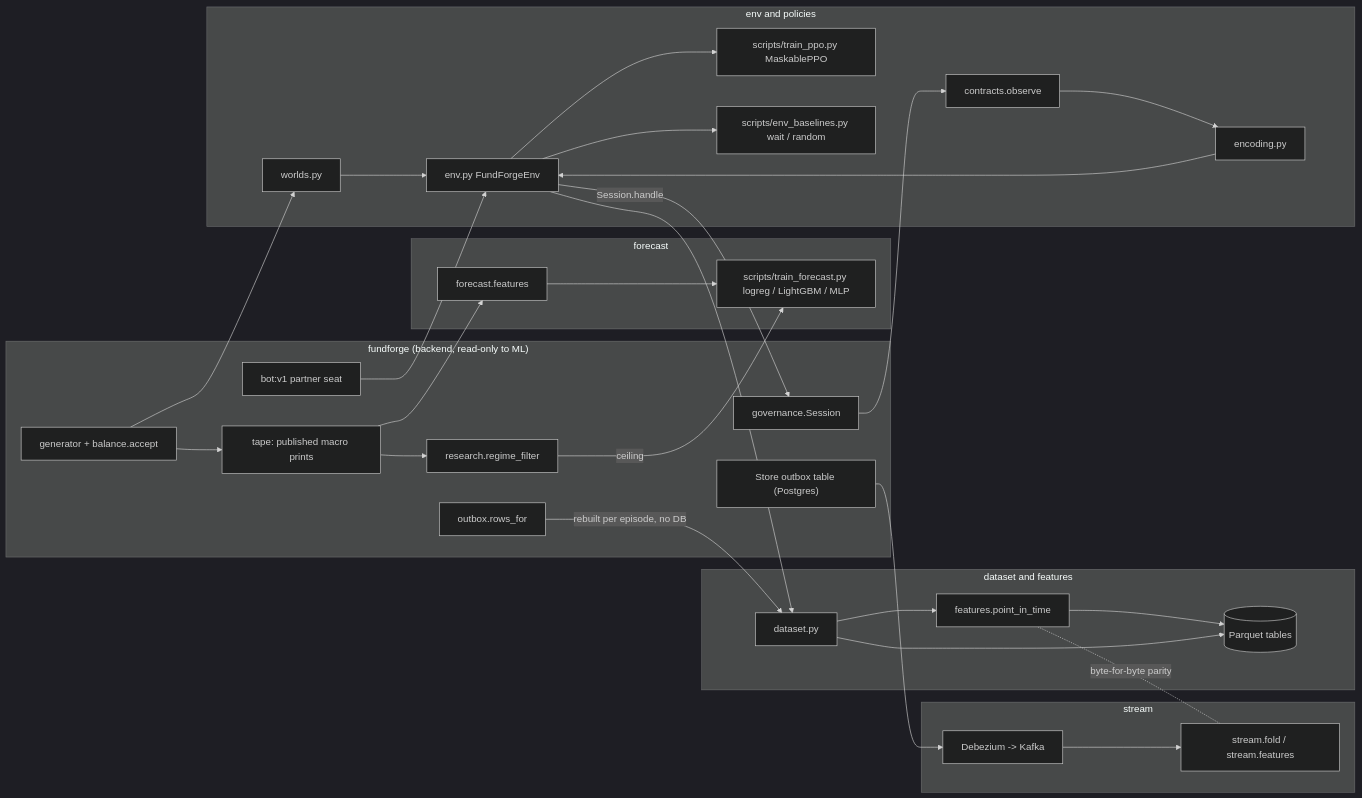
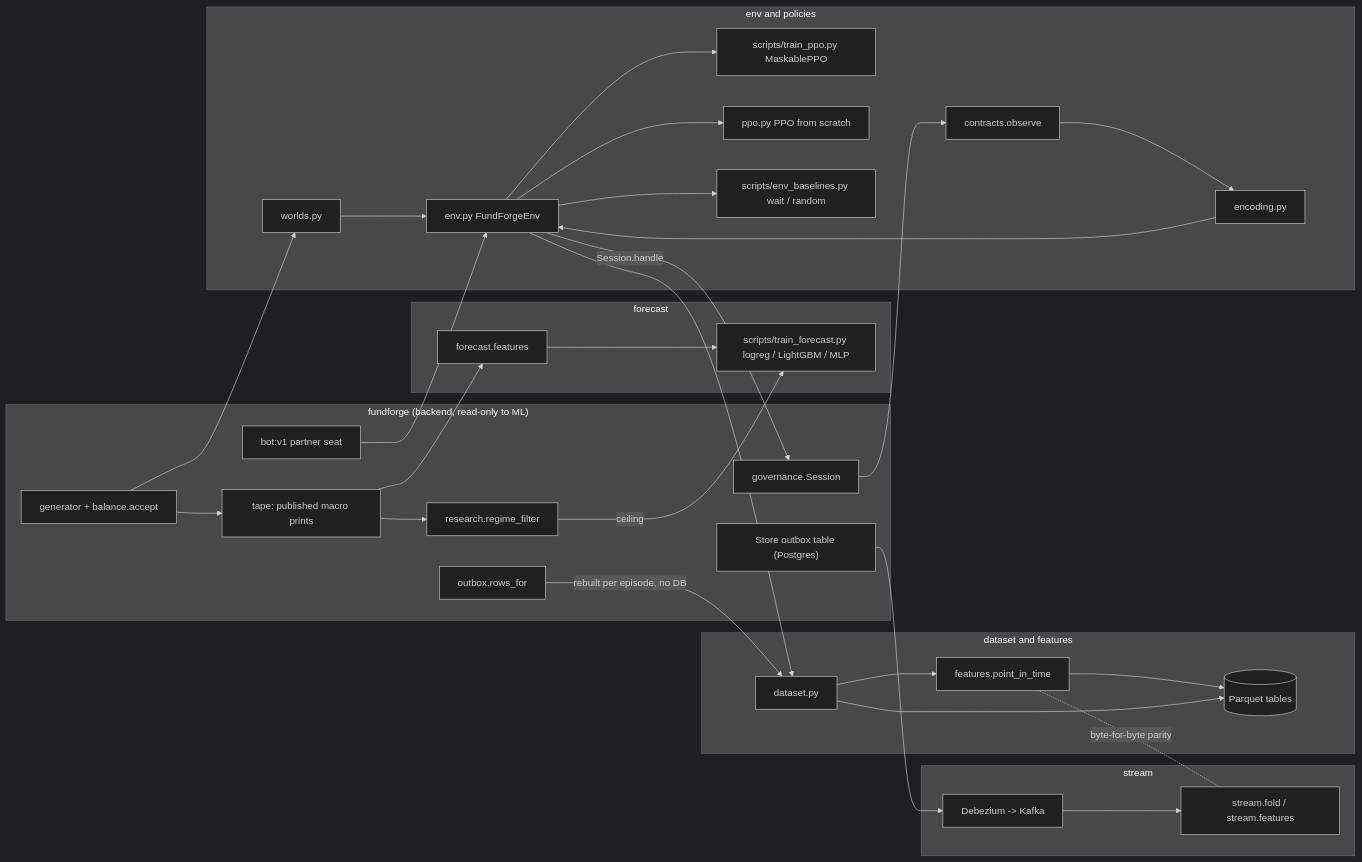
Before and after one commit to krishbansalofficial/fundforge: the diagram in ml/README.md, drawn with Mermaid (dark theme). The commit also changed other lines of this file and 1 other file, not shown here.

Commit message:
docs(ml): README overview, architecture walk-through, setup, AI-use and limitations; renderer for the scratch PPO result

````diff
--- a/ml/README.md
+++ b/ml/README.md
@@ -13,55 +23,57 @@
 ```mermaid
 flowchart LR
   subgraph engine["fundforge (backend, read-only to ML)"]
     gen["generator + balance.accept"]
     sess["governance.Session"]
     bot["bot:v1 partner seat"]
     tape["tape: published macro prints"]
     bayes["research.regime_filter"]
     rowsfor["outbox.rows_for"]
     store["Store outbox table (Postgres)"]
   end
 
   subgraph envlane["env and policies"]
     worlds["worlds.py"]
     observe["contracts.observe"]
     encode["encoding.py"]
     env["env.py FundForgeEnv"]
     ppo["scripts/train_ppo.py MaskablePPO"]
+    scratch["ppo.py PPO from scratch"]
     base["scripts/env_baselines.py wait / random"]
   end
 
   subgraph fc["forecast"]
     ffeat["forecast.features"]
     models["scripts/train_forecast.py logreg / LightGBM / MLP"]
   end
 
   subgraph data["dataset and features"]
     ds["dataset.py"]
     pit["features.point_in_time"]
     parquet[("Parquet tables")]
   end
 
   subgraph streaming["stream"]
     kafka["Debezium -> Kafka"]
     fold["stream.fold / stream.features"]
   end
 
   gen --> worlds --> env
   sess --> observe --> encode --> env
   env -- "Session.handle" --> sess
   bot --> env
   env --> ppo
+  env --> scratch
   env --> base
 
   gen --> tape --> ffeat --> models
   tape --> bayes -- "ceiling" --> models
 
   env --> ds
   rowsfor -- "rebuilt per episode, no DB" --> ds
   ds --> pit --> parquet
   ds --> parquet
 
   store --> kafka --> fold
   pit -. "byte-for-byte parity" .- fold
 ```
````
